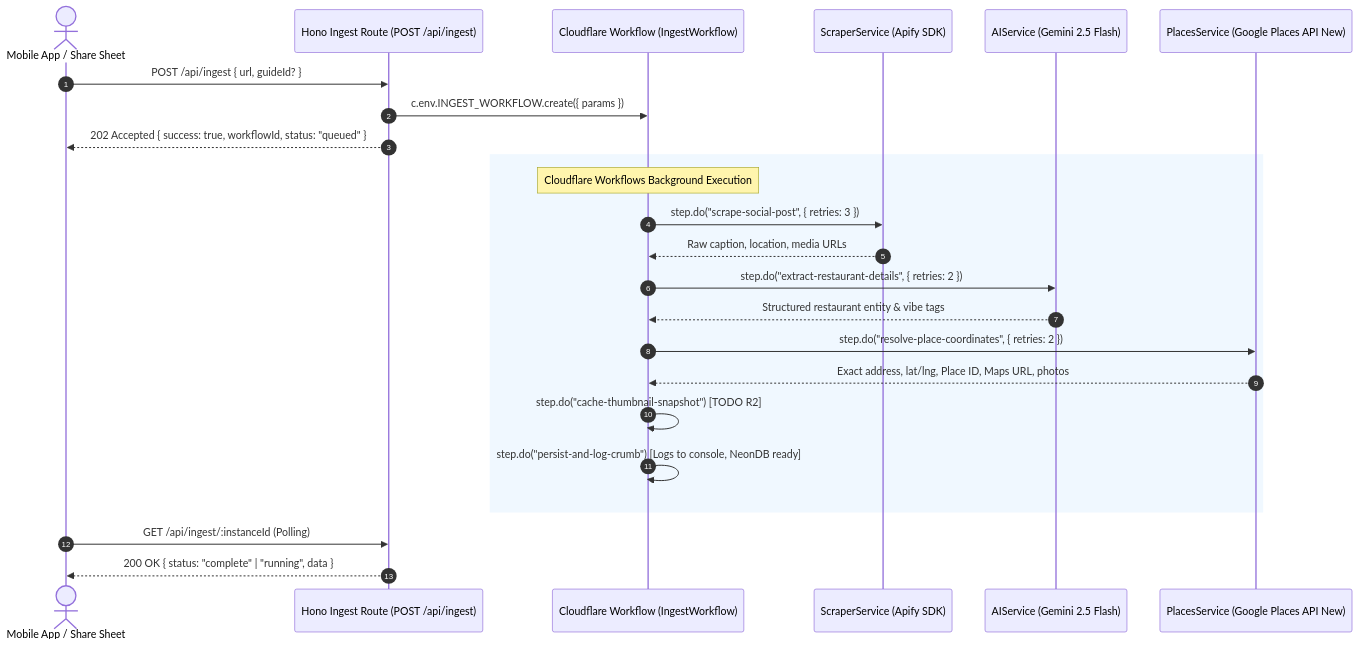
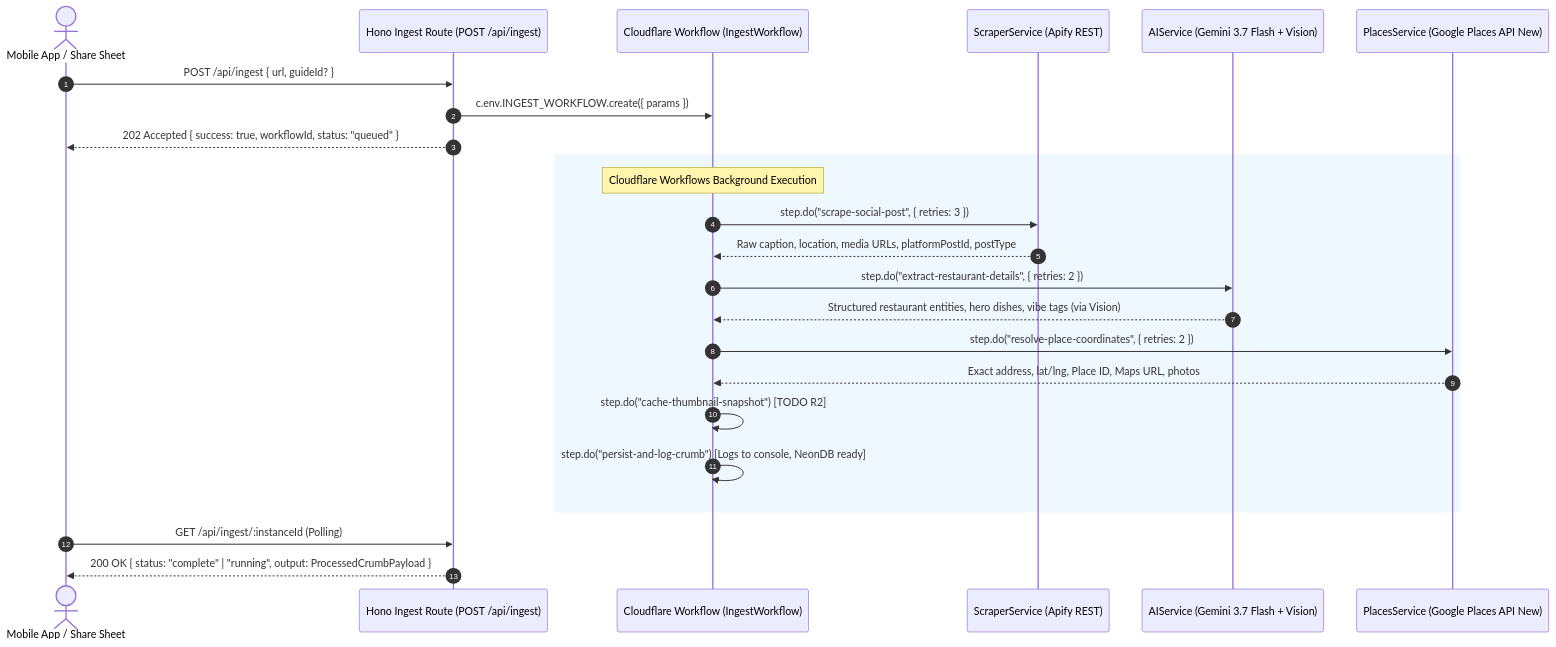
One commit to ledkhoa/crumbs changed the first of 2 diagrams in .orchestration/async-ingest-workflows/spec.md. Above: the diagram before and after it, drawn with Mermaid. The commit also changed other lines of this file and 23 other files, not shown here.

Commit message:
feat(db): establish Drizzle ORM schemas with Neon DB and rename user_crumbs to crumbs

````diff
--- a/.orchestration/async-ingest-workflows/spec.md
+++ b/.orchestration/async-ingest-workflows/spec.md
@@ -10,29 +10,29 @@
 ```mermaid
 sequenceDiagram
     autonumber
     actor User as Mobile App / Share Sheet
     participant API as Hono Ingest Route (POST /api/ingest)
     participant WF as Cloudflare Workflow (IngestWorkflow)
-    participant Scraper as ScraperService (Apify SDK)
-    participant AI as AIService (Gemini 2.5 Flash)
+    participant Scraper as ScraperService (Apify REST)
+    participant AI as AIService (Gemini 3.7 Flash + Vision)
     participant Places as PlacesService (Google Places API New)
 
     User->>API: POST /api/ingest { url, guideId? }
     API->>WF: c.env.INGEST_WORKFLOW.create({ params })
     API-->>User: 202 Accepted { success: true, workflowId, status: "queued" }
     
     rect rgb(240, 248, 255)
         Note over WF: Cloudflare Workflows Background Execution
         WF->>Scraper: step.do("scrape-social-post", { retries: 3 })
-        Scraper-->>WF: Raw caption, location, media URLs
+        Scraper-->>WF: Raw caption, location, media URLs, platformPostId, postType
         WF->>AI: step.do("extract-restaurant-details", { retries: 2 })
-        AI-->>WF: Structured restaurant entity & vibe tags
+        AI-->>WF: Structured restaurant entities, hero dishes, vibe tags (via Vision)
         WF->>Places: step.do("resolve-place-coordinates", { retries: 2 })
         Places-->>WF: Exact address, lat/lng, Place ID, Maps URL, photos
         WF->>WF: step.do("cache-thumbnail-snapshot") [TODO R2]
         WF->>WF: step.do("persist-and-log-crumb") [Logs to console, NeonDB ready]
     end
 
     User->>API: GET /api/ingest/:instanceId (Polling)
-    API-->>User: 200 OK { status: "complete" | "running", data }
+    API-->>User: 200 OK { status: "complete" | "running", output: ProcessedCrumbPayload }
 ```
````
